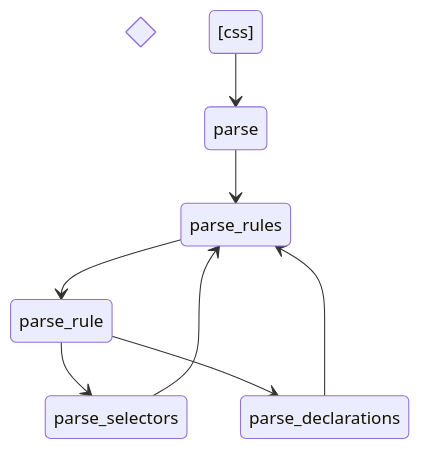
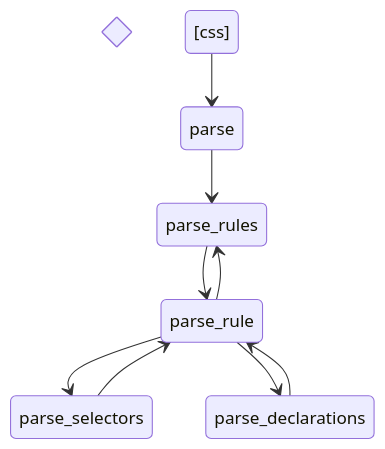
One commit to nakayan5/lets-build-a-browser-engine changed the second of 2 diagrams in README.md. Above: the diagram before and after it, drawn with Mermaid.

````diff
--- a/README.md
+++ b/README.md
@@ -36,13 +36,14 @@
 ```mermaid
 stateDiagram-v2
 state nodes_length <<choice>>
 
 [css] --> parse
 parse --> parse_rules
 parse_rules --> parse_rule
+parse_rule --> parse_rules
 parse_rule --> parse_selectors
 parse_rule --> parse_declarations
-parse_selectors --> parse_rules
-parse_declarations --> parse_rules
+parse_selectors --> parse_rule
+parse_declarations --> parse_rule
 
 ```
````
